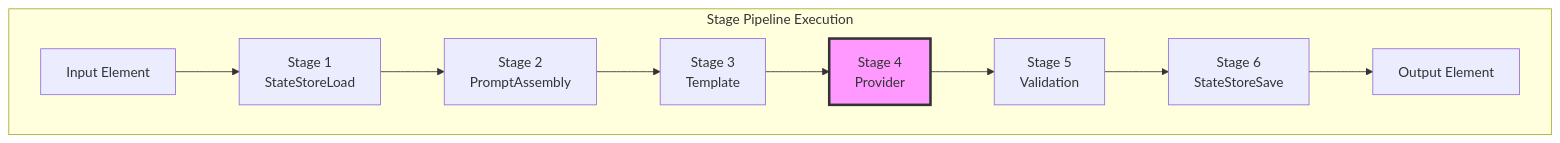
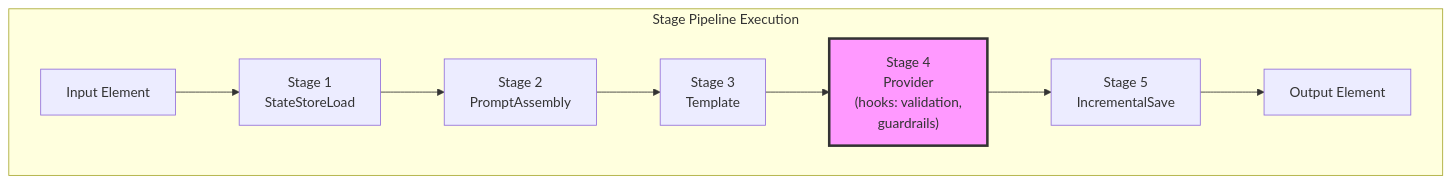
The first of 4 diagrams in docs/src/content/docs/architecture/runtime-pipeline.md (AltairaLabs/PromptKit), drawn with Mermaid before and after one commit. The commit also changed other lines of this file and 86 other files, not shown here.

````diff
--- a/docs/src/content/docs/architecture/runtime-pipeline.md
+++ b/docs/src/content/docs/architecture/runtime-pipeline.md
@@ -12,23 +12,21 @@
 ```mermaid
 graph TB
     subgraph "Stage Pipeline Execution"
         Input["Input Element"]
         S1["Stage 1<br/>StateStoreLoad"]
         S2["Stage 2<br/>PromptAssembly"]
         S3["Stage 3<br/>Template"]
-        S4["Stage 4<br/>Provider"]
-        S5["Stage 5<br/>Validation"]
-        S6["Stage 6<br/>StateStoreSave"]
+        S4["Stage 4<br/>Provider<br/>(hooks: validation,<br/>guardrails)"]
+        S5["Stage 5<br/>IncrementalSave"]
         Output["Output Element"]
     end
 
     Input --> S1
     S1 --> S2
     S2 --> S3
     S3 --> S4
     S4 --> S5
-    S5 --> S6
-    S6 --> Output
+    S5 --> Output
 
     style S4 fill:#f9f,stroke:#333,stroke-width:3px
 ```
````
